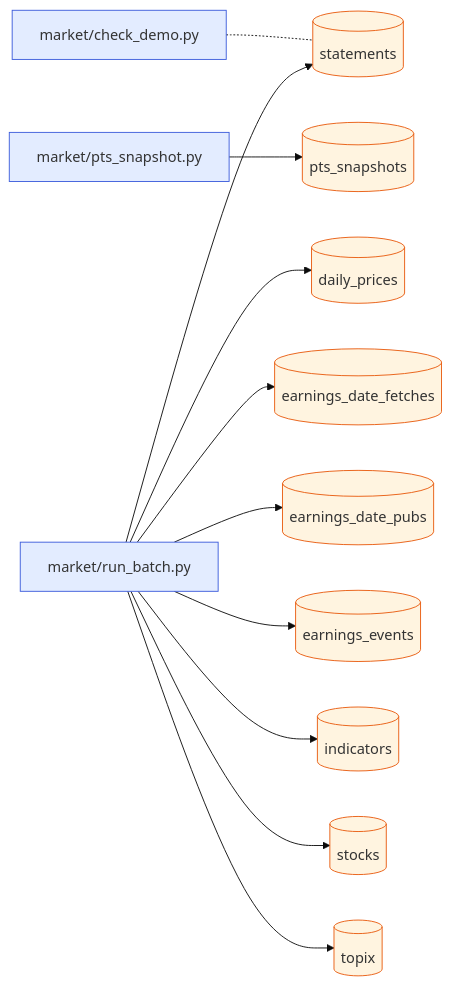
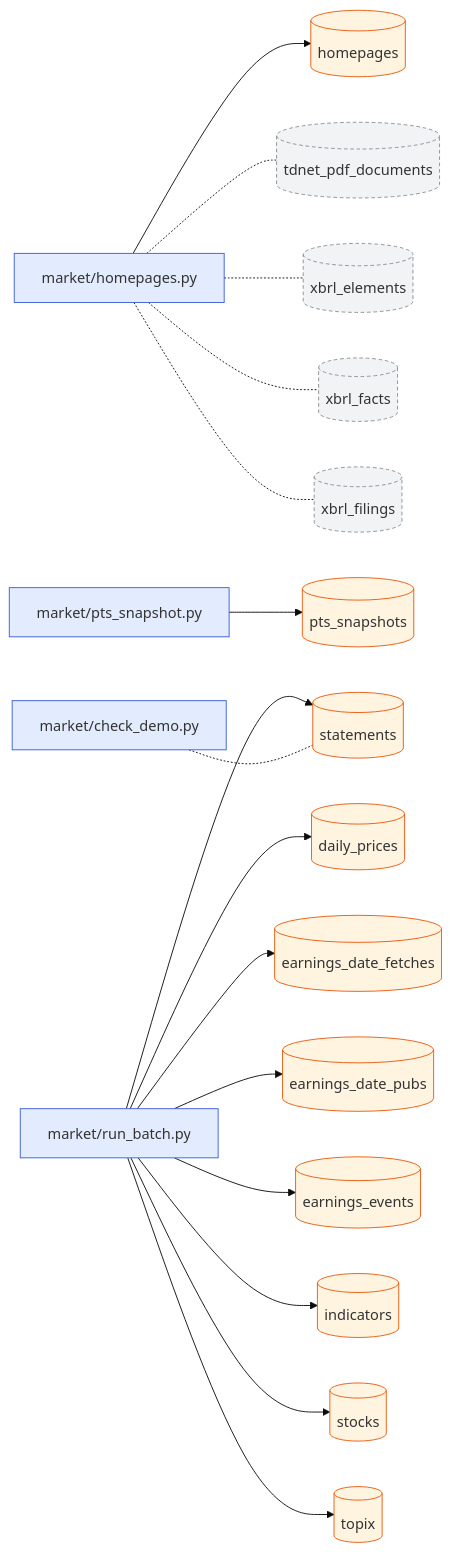
The first of 2 diagrams in docs/dataflow/market.md (pekumirui/stock-analyzer), drawn with Mermaid (base theme) before and after one commit. The commit also changed other lines of this file and 9 other files, not shown here.

````diff
--- a/docs/dataflow/market.md
+++ b/docs/dataflow/market.md
@@ -9,29 +9,40 @@
 ```mermaid
 flowchart LR
   n0["market/check_demo.py"]:::job
-  n1["market/pts_snapshot.py"]:::job
-  n2["market/run_batch.py"]:::job
-  n3[("daily_prices")]:::tbl
-  n4[("earnings_date_fetches")]:::tbl
-  n5[("earnings_date_pubs")]:::tbl
-  n6[("earnings_events")]:::tbl
-  n7[("indicators")]:::tbl
-  n8[("pts_snapshots")]:::tbl
-  n9[("statements")]:::tbl
-  n10[("stocks")]:::tbl
-  n11[("topix")]:::tbl
-  n0 -.- n9
+  n1["market/homepages.py"]:::job
+  n2["market/pts_snapshot.py"]:::job
+  n3["market/run_batch.py"]:::job
+  n4[("daily_prices")]:::tbl
+  n5[("earnings_date_fetches")]:::tbl
+  n6[("earnings_date_pubs")]:::tbl
+  n7[("earnings_events")]:::tbl
+  n8[("homepages")]:::tbl
+  n9[("indicators")]:::tbl
+  n10[("pts_snapshots")]:::tbl
+  n11[("statements")]:::tbl
+  n12[("stocks")]:::tbl
+  n13[("tdnet_pdf_documents")]:::ext
+  n14[("topix")]:::tbl
+  n15[("xbrl_elements")]:::ext
+  n16[("xbrl_facts")]:::ext
+  n17[("xbrl_filings")]:::ext
+  n0 -.- n11
   n1 --> n8
-  n2 --> n3
-  n2 --> n4
-  n2 --> n5
-  n2 --> n6
-  n2 --> n7
-  n2 --> n9
+  n1 -.- n13
+  n1 -.- n15
+  n1 -.- n16
+  n1 -.- n17
   n2 --> n10
-  n2 --> n11
+  n3 --> n4
+  n3 --> n5
+  n3 --> n6
+  n3 --> n7
+  n3 --> n9
+  n3 --> n11
+  n3 --> n12
+  n3 --> n14
   classDef job fill:#e3ecff,stroke:#3b5bdb
   classDef api fill:#e6f7ec,stroke:#2b8a3e
   classDef tbl fill:#fff4e0,stroke:#e8590c
   classDef ext fill:#f1f3f5,stroke:#868e96,stroke-dasharray:4 3
 ```
````
